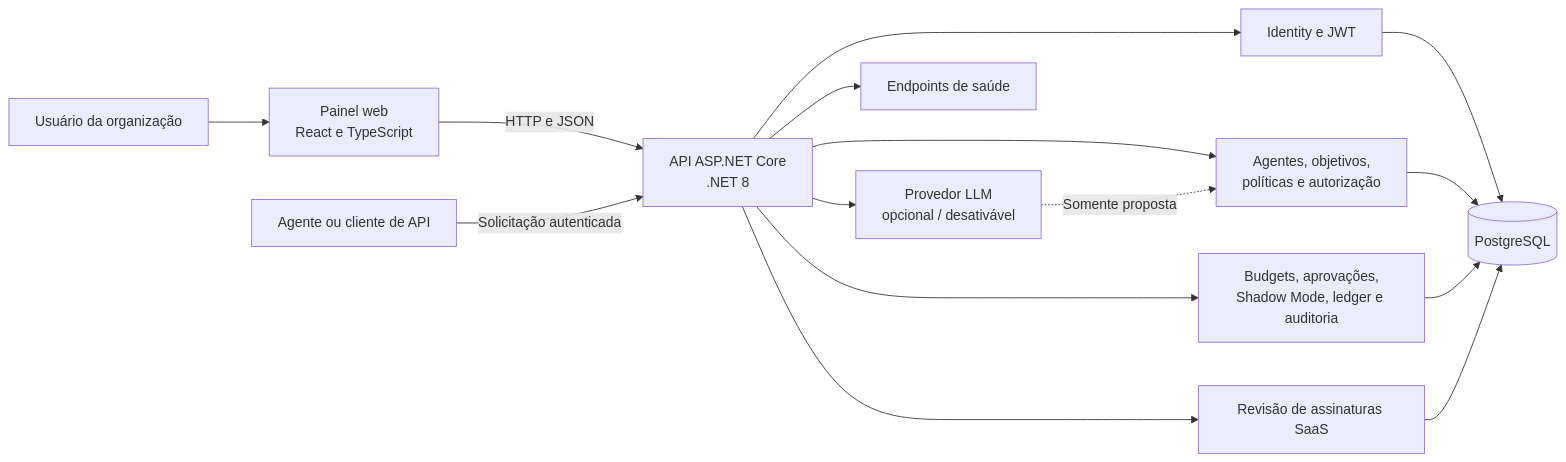
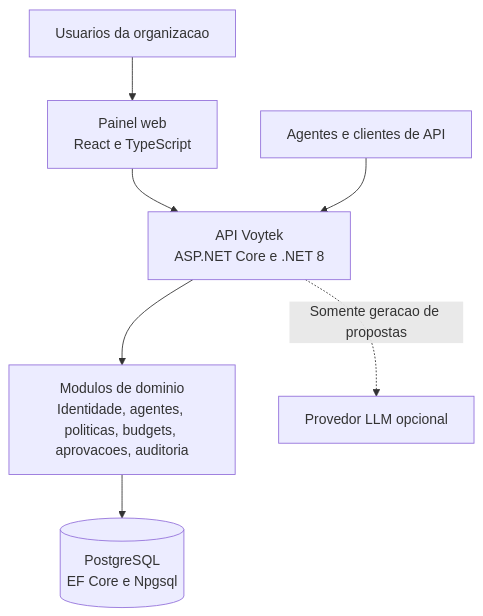
The second of 2 diagrams in README.md (RodrigoTabaldi/FintechVoytek), drawn with Mermaid before and after one commit. The commit also changed other lines of this file and 1 other file, not shown here.

```diff
--- a/README.md
+++ b/README.md
@@ -319,17 +311,9 @@
 ~~~mermaid
-flowchart LR
-    User[Usuário da organização] --> Web[Painel web<br/>React e TypeScript]
-    Web -->|HTTP e JSON| API[API ASP.NET Core<br/>.NET 8]
-    Agent[Agente ou cliente de API] -->|Solicitação autenticada| API
-    API --> Auth[Identity e JWT]
-    API --> Domain[Agentes, objetivos,<br/>políticas e autorização]
-    API --> Records[Budgets, aprovações,<br/>Shadow Mode, ledger e auditoria]
-    API --> SaaS[Revisão de assinaturas SaaS]
-    API --> LLM[Provedor LLM<br/>opcional / desativável]
-    Auth --> DB[(PostgreSQL)]
-    Domain --> DB
-    Records --> DB
-    SaaS --> DB
-    LLM -.->|Somente proposta| Domain
-    API --> Health[Endpoints de saúde]
+flowchart TB
+    User[Usuarios da organizacao] --> Web[Painel web<br/>React e TypeScript]
+    Web --> API[API Voytek<br/>ASP.NET Core e .NET 8]
+    Client[Agentes e clientes de API] --> API
+    API --> Modules[Modulos de dominio<br/>Identidade, agentes, politicas, budgets, aprovacoes, auditoria]
+    Modules --> DB[(PostgreSQL<br/>EF Core e Npgsql)]
+    API -. Somente geracao de propostas .-> LLM[Provedor LLM opcional]
 ~~~
```
